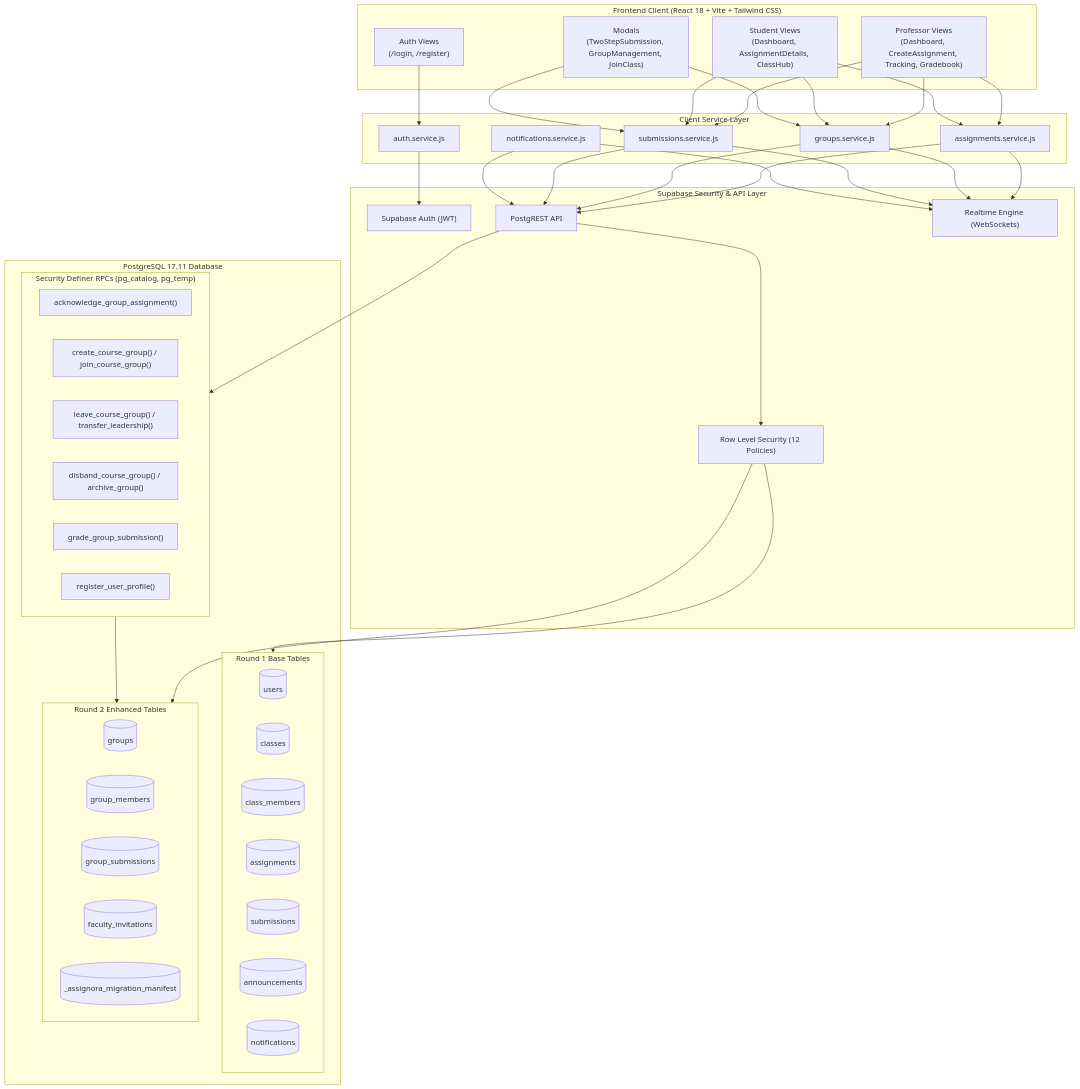
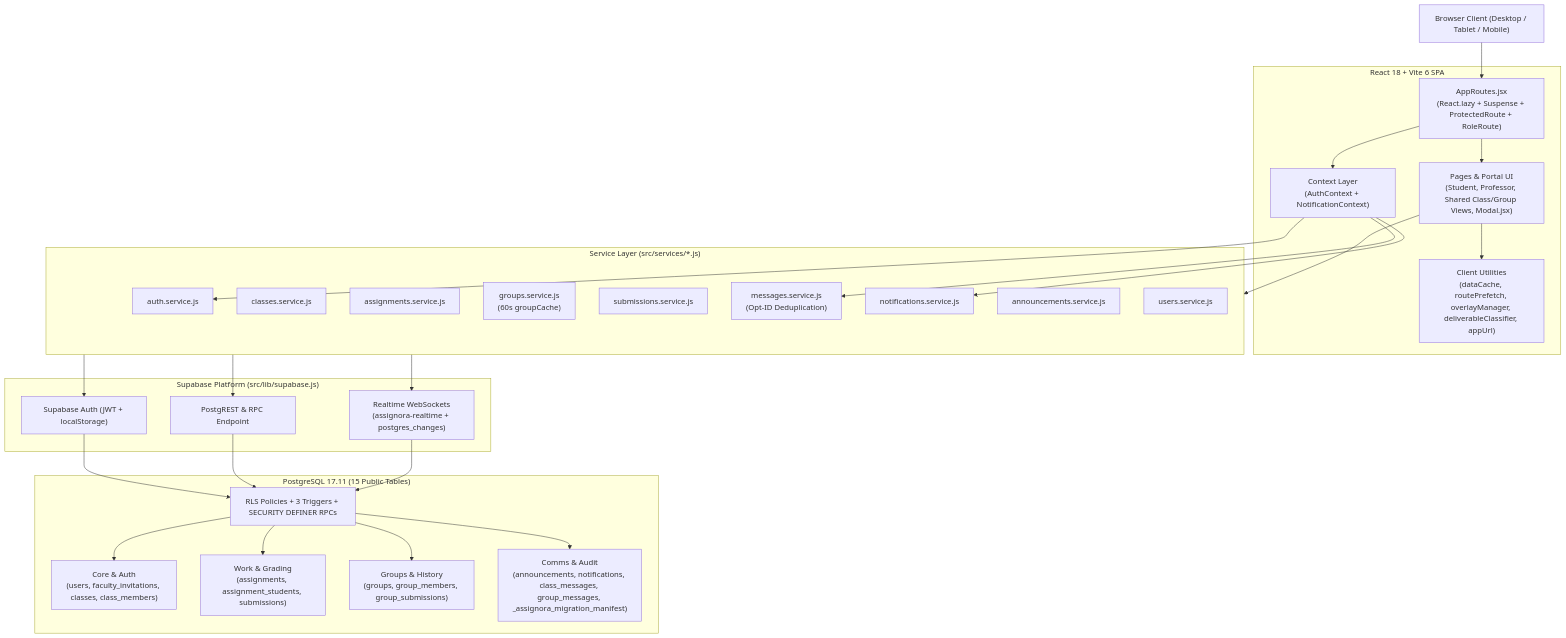
Before and after one commit to DarshanDevadiga/assignora: the first of 2 diagrams in README.md, drawn with Mermaid. The commit also changed other lines of this file and 24 other files, not shown here.

Commit message:
feat(round2): safe edit/archive/delete management actions, DB preservation guards, and Task 2 README

````diff
--- a/README.md
+++ b/README.md
@@ -390,66 +148,45 @@
 ```mermaid
 flowchart TD
-    subgraph Client["Frontend Client (React 18 + Vite + Tailwind CSS)"]
-        UI_AUTH["Auth Views\n(/login, /register)"]
-        UI_PROF["Professor Views\n(Dashboard, CreateAssignment, Tracking, Gradebook)"]
-        UI_STUD["Student Views\n(Dashboard, AssignmentDetails, ClassHub)"]
-        UI_MODALS["Modals\n(TwoStepSubmission, GroupManagement, JoinClass)"]
+    Browser["Browser Client (Desktop / Tablet / Mobile)"]
+
+    subgraph ReactApp["React 18 + Vite 6 SPA"]
+        Router["AppRoutes.jsx\n(React.lazy + Suspense + ProtectedRoute + RoleRoute)"]
+        Contexts["Context Layer\n(AuthContext + NotificationContext)"]
+        UI["Pages & Portal UI\n(Student, Professor, Shared Class/Group Views, Modal.jsx)"]
+        Utils["Client Utilities\n(dataCache, routePrefetch, overlayManager, deliverableClassifier, appUrl)"]
     end
 
-    subgraph Services["Client Service Layer"]
-        AUTH_SVC["auth.service.js"]
-        ASSIGN_SVC["assignments.service.js"]
-        GROUP_SVC["groups.service.js"]
-        SUB_SVC["submissions.service.js"]
-        NOTIF_SVC["notifications.service.js"]
+    subgraph Services["Service Layer (src/services/*.js)"]
+        S_AUTH["auth.service.js"]
+        S_CLASS["classes.service.js"]
+        S_ASSIGN["assignments.service.js"]
+        S_GROUP["groups.service.js\n(60s groupCache)"]
+        S_SUB["submissions.service.js"]
+        S_MSG["messages.service.js\n(Opt-ID Deduplication)"]
+        S_NOTIF["notifications.service.js"]
+        S_ANN["announcements.service.js"]
+        S_USER["users.service.js"]
     end
 
-    subgraph SecurityBoundary["Supabase Security & API Layer"]
-        AUTH_ENGINE["Supabase Auth (JWT)"]
-        REST_API["PostgREST API"]
-        REALTIME["Realtime Engine (WebSockets)"]
-        RLS["Row Level Security (12 Policies)"]
+    subgraph Supabase["Supabase Platform (src/lib/supabase.js)"]
+        SB_AUTH["Supabase Auth (JWT + localStorage)"]
+        SB_REST["PostgREST & RPC Endpoint"]
+        SB_RT["Realtime WebSockets\n(assignora-realtime + postgres_changes)"]
     end
 
-    subgraph Database["PostgreSQL 17.11 Database"]
-        subgraph Round1Tables["Round 1 Base Tables"]
-            T_USERS[("users")]
-            T_CLASSES[("classes")]
-            T_MEMBERS[("class_members")]
-            T_ASSIGN[("assignments")]
-            T_SUBS[("submissions")]
-            T_ANNOUNCE[("announcements")]
-            T_NOTIFS[("notifications")]
-        end
-
-        subgraph Round2Tables["Round 2 Enhanced Tables"]
-            T_GROUPS[("groups")]
-            T_GMEMBERS[("group_members")]
-            T_GSUBS[("group_submissions")]
-            T_FACULTY[("faculty_invitations")]
-            T_MANIFEST[("_assignora_migration_manifest")]
-        end
-
-        subgraph RPCs["Security Definer RPCs (pg_catalog, pg_temp)"]
-            RPC_ACK["acknowledge_group_assignment()"]
-            RPC_GROUP["create_course_group() / join_course_group()"]
-            RPC_LEAVE["leave_course_group() / transfer_leadership()"]
-            RPC_DISBAND["disband_course_group() / archive_group()"]
-            RPC_GRADE["grade_group_submission()"]
-            RPC_PROFILE["register_user_profile()"]
-        end
+    subgraph Postgres["PostgreSQL 17.11 (15 Public Tables)"]
+        DB_CORE["Core & Auth\n(users, faculty_invitations, classes, class_members)"]
+        DB_WORK["Work & Grading\n(assignments, assignment_students, submissions)"]
+        DB_GRP["Groups & History\n(groups, group_members, group_submissions)"]
+        DB_COMM["Comms & Audit\n(announcements, notifications, class_messages, group_messages, _assignora_migration_manifest)"]
+        DB_SEC["RLS Policies + 3 Triggers + SECURITY DEFINER RPCs"]
     end
 
-    UI_AUTH --> AUTH_SVC
-    UI_PROF --> ASSIGN_SVC & GROUP_SVC & SUB_SVC
-    UI_STUD --> ASSIGN_SVC & GROUP_SVC & SUB_SVC
-    UI_MODALS --> GROUP_SVC & SUB_SVC
-
-    AUTH_SVC --> AUTH_ENGINE
-    ASSIGN_SVC & GROUP_SVC & SUB_SVC & NOTIF_SVC --> REST_API & REALTIME
-
-    REST_API --> RLS
-    RLS --> Round1Tables & Round2Tables
-    REST_API --> RPCs
-    RPCs --> Round2Tables
+    Browser --> Router
+    Router --> Contexts & UI
+    UI --> Utils & Services
+    Contexts --> S_AUTH & S_NOTIF & S_MSG
+    Services --> SB_AUTH & SB_REST & SB_RT
+    SB_AUTH & SB_REST & SB_RT --> DB_SEC
+    DB_SEC --> DB_CORE & DB_WORK & DB_GRP & DB_COMM
 ```
````
